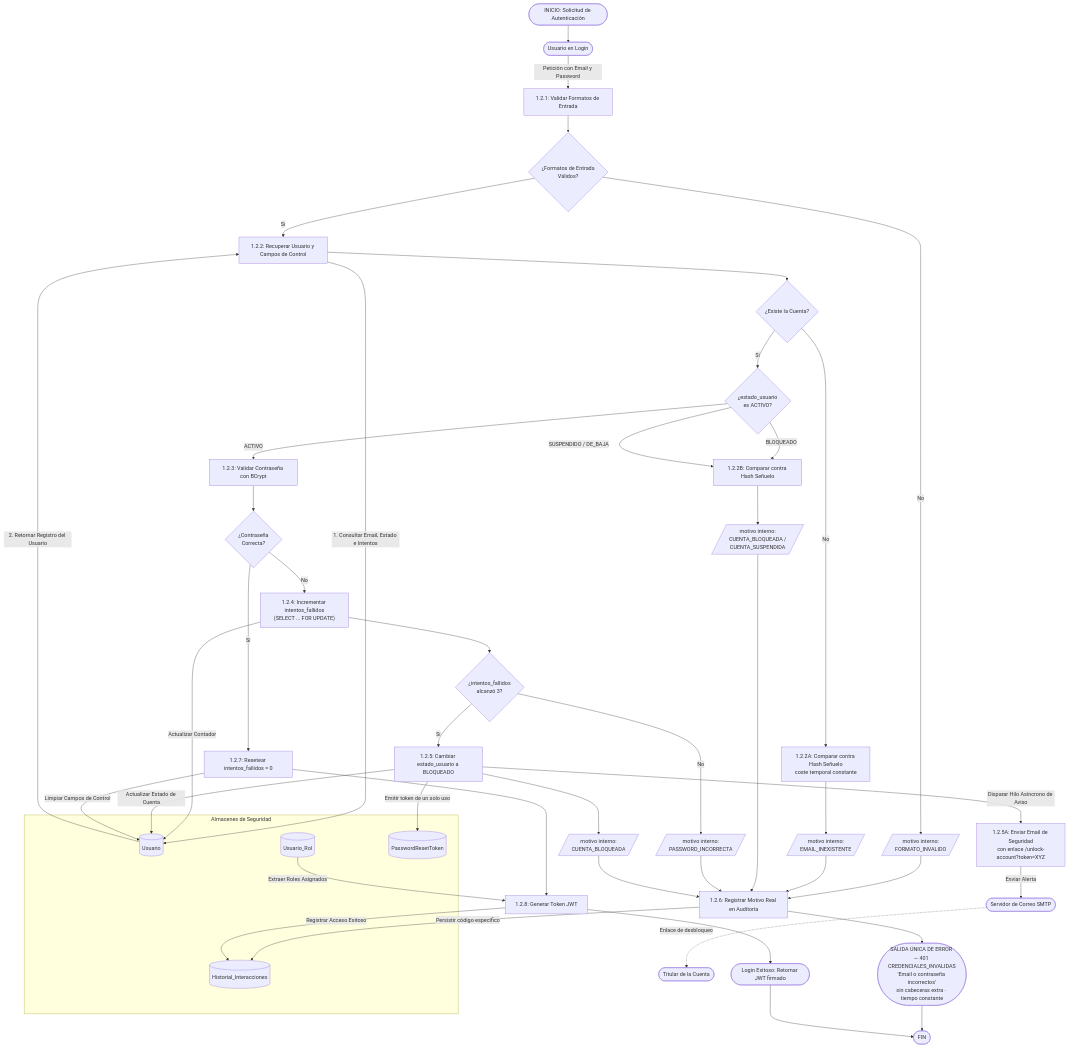
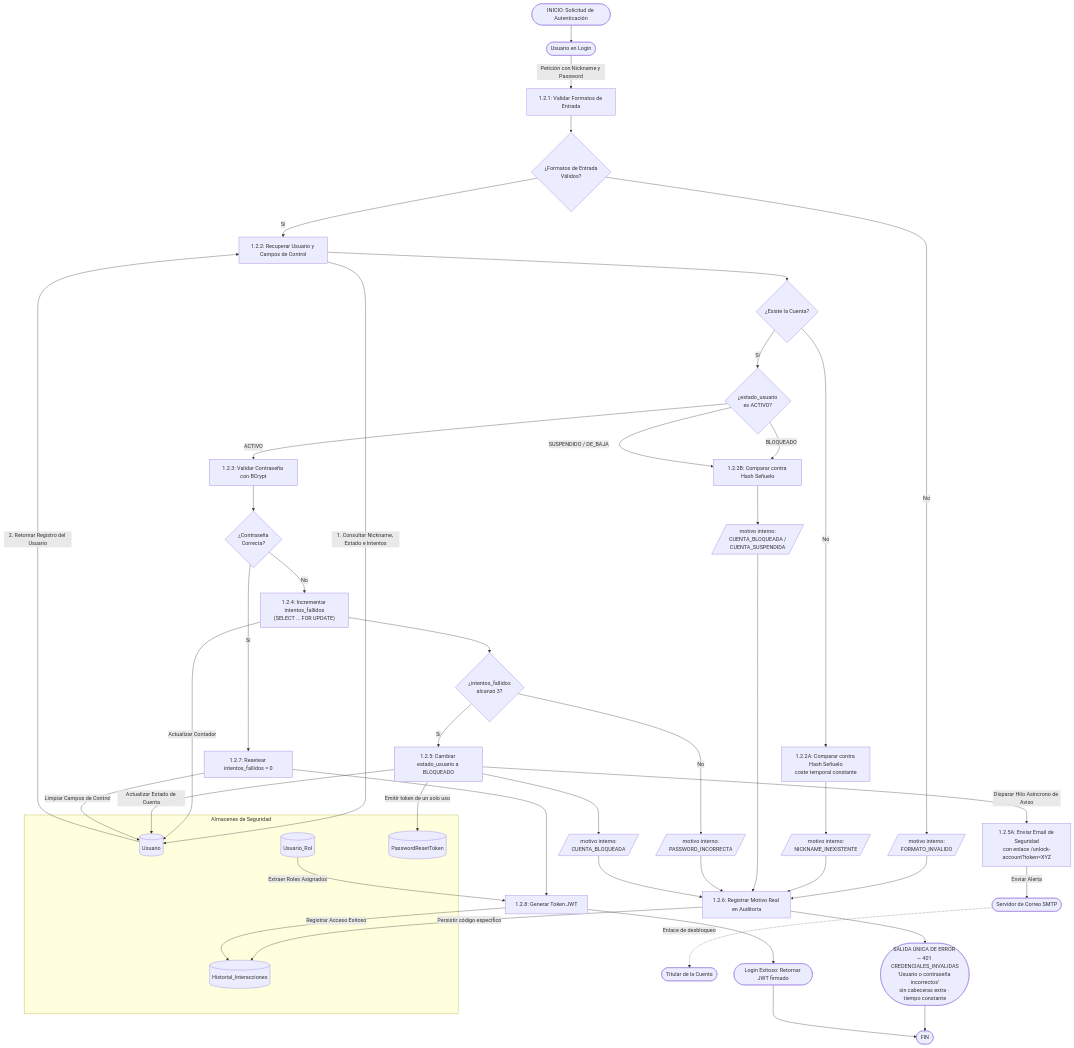
The first of 2 diagrams in docs/diagrams/login_registro/login.md (dev-gastong/Enexia), drawn with Mermaid before and after one commit. The commit also changed other lines of this file and 67 other files, not shown here.

````diff
--- a/docs/diagrams/login_registro/login.md
+++ b/docs/diagrams/login_registro/login.md
@@ -21,74 +28,74 @@
 ```mermaid
 graph TD
     INICIO([INICIO: Solicitud de Autenticación]) --> User([Usuario en Login])
-    User -->|Petición con Email y Password| P1_2_1[1.2.1: Validar Formatos de Entrada]
+    User -->|Petición con Nickname y Password| P1_2_1[1.2.1: Validar Formatos de Entrada]
 
     %% Almacenes de Datos
     subgraph Almacenes de Seguridad
         D2_User[(Usuario)]
         D3_Roles[(Usuario_Rol)]
         D6_Logs[(Historial_Interacciones)]
         D7_Tokens[(PasswordResetToken)]
     end
 
     Email_Sys([Servidor de Correo SMTP])
 
     %% 1. VALIDACION DE FORMATO
     P1_2_1 --> C_Format{¿Formatos de Entrada<br>Válidos?}
-    C_Format -->|No| M_EmailFmt[/motivo interno:<br>FORMATO_INVALIDO/]
+    C_Format -->|No| M_FormatoInvalido[/motivo interno:<br>FORMATO_INVALIDO/]
     C_Format -->|Sí| P1_2_2[1.2.2: Recuperar Usuario y Campos de Control]
 
     %% 2. LECTURA DE DATOS DE CONTROL
-    P1_2_2 -->|1. Consultar Email, Estado e Intentos| D2_User
+    P1_2_2 -->|1. Consultar Nickname, Estado e Intentos| D2_User
     D2_User -->|2. Retornar Registro del Usuario| P1_2_2
 
     P1_2_2 --> C_Existe{¿Existe la Cuenta?}
     C_Existe -->|No| P_Senuelo[1.2.2A: Comparar contra Hash Señuelo<br>coste temporal constante]
-    P_Senuelo --> M_NoExiste[/motivo interno:<br>EMAIL_INEXISTENTE/]
+    P_Senuelo --> M_NoExiste[/motivo interno:<br>NICKNAME_INEXISTENTE/]
 
     C_Existe -->|Sí| C_Estado{¿estado_usuario<br>es ACTIVO?}
     C_Estado -->|BLOQUEADO| P_Senuelo2[1.2.2B: Comparar contra Hash Señuelo]
     C_Estado -->|SUSPENDIDO / DE_BAJA| P_Senuelo2
     P_Senuelo2 --> M_Estado[/motivo interno:<br>CUENTA_BLOQUEADA /<br>CUENTA_SUSPENDIDA/]
 
     C_Estado -->|ACTIVO| P1_2_3[1.2.3: Validar Contraseña con BCrypt]
 
     %% 3. VERIFICACION DE CREDENCIAL
     P1_2_3 --> C_Pass{¿Contraseña<br>Correcta?}
 
     %% CASO A: FALLA
     C_Pass -->|No| P1_2_4["1.2.4: Incrementar intentos_fallidos<br>(SELECT ... FOR UPDATE)"]
     P1_2_4 -->|Actualizar Contador| D2_User
     P1_2_4 --> C_Tres{¿intentos_fallidos<br>alcanzó 3?}
 
     C_Tres -->|No| M_PassMal[/motivo interno:<br>PASSWORD_INCORRECTA/]
 
     C_Tres -->|Sí| P1_2_5[1.2.5: Cambiar estado_usuario a BLOQUEADO]
     P1_2_5 -->|Actualizar Estado de Cuenta| D2_User
     P1_2_5 -->|Emitir token de un solo uso| D7_Tokens
     P1_2_5 -->|Disparar Hilo Asíncrono de Aviso| P1_2_5A["1.2.5A: Enviar Email de Seguridad<br>con enlace /unlock-account?token=XYZ"]
     P1_2_5A -->|Enviar Alerta| Email_Sys
     Email_Sys -.->|Enlace de desbloqueo| Titular([Titular de la Cuenta])
     P1_2_5 --> M_Bloqueo[/motivo interno:<br>CUENTA_BLOQUEADA/]
 
     %% CONVERGENCIA DE MOTIVOS: al log, NO a la respuesta
-    M_EmailFmt --> P_Audit[1.2.6: Registrar Motivo Real en Auditoría]
+    M_FormatoInvalido --> P_Audit[1.2.6: Registrar Motivo Real en Auditoría]
     M_NoExiste --> P_Audit
     M_Estado --> P_Audit
     M_PassMal --> P_Audit
     M_Bloqueo --> P_Audit
     P_Audit -->|Persistir código específico| D6_Logs
-    P_Audit --> Err_Generico(["SALIDA ÚNICA DE ERROR — 401 CREDENCIALES_INVALIDAS<br>'Email o contraseña incorrectos'<br>sin cabeceras extra · tiempo constante"])
+    P_Audit --> Err_Generico(["SALIDA ÚNICA DE ERROR — 401 CREDENCIALES_INVALIDAS<br>'Usuario o contraseña incorrectos'<br>sin cabeceras extra · tiempo constante"])
 
     %% CASO B: EXITO
     C_Pass -->|Sí| P1_2_7[1.2.7: Resetear intentos_fallidos = 0]
     P1_2_7 -->|Limpiar Campos de Control| D2_User
     P1_2_7 --> P1_2_8[1.2.8: Generar Token JWT]
     D3_Roles -->|Extraer Roles Asignados| P1_2_8
     P1_2_8 -->|Registrar Acceso Exitoso| D6_Logs
     P1_2_8 --> Success_JWT([Login Exitoso: Retornar JWT firmado])
 
     %% FIN
     Err_Generico --> FIN([FIN])
     Success_JWT --> FIN
 ```
````
